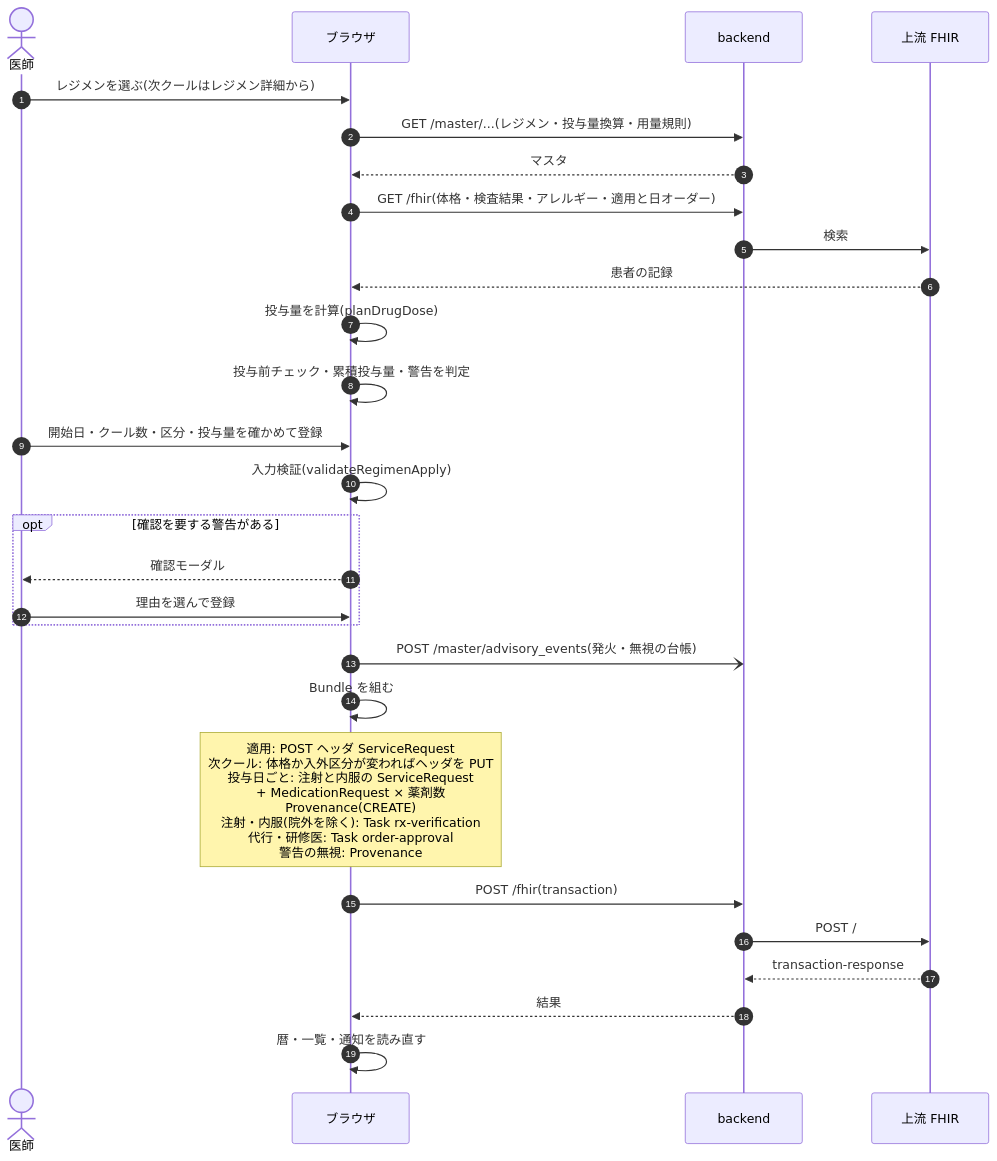
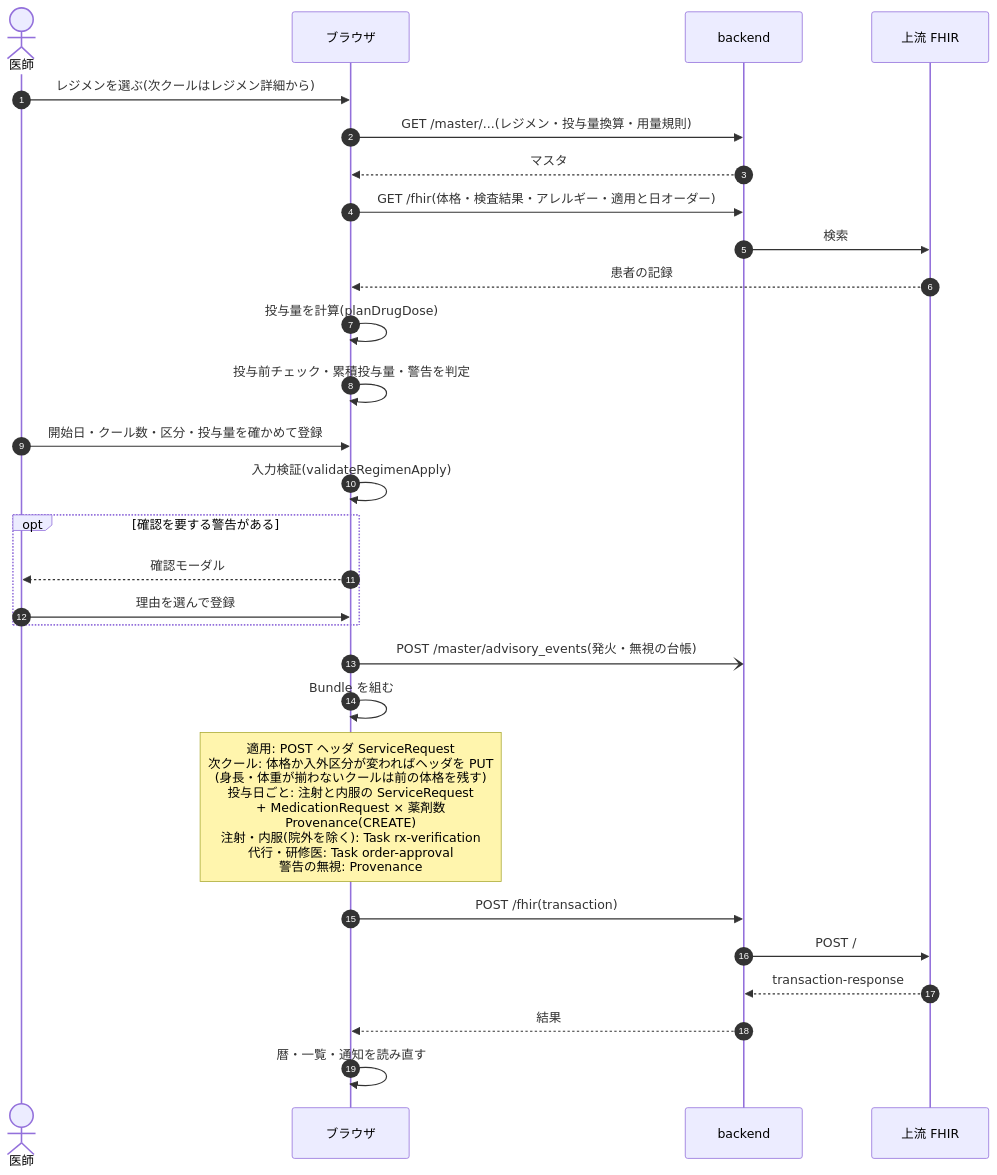
Before and after one commit to ysnr-dev/fhir-client: the fourth of 9 diagrams in docs/order-flows/chemotherapy.md, drawn with Mermaid. The commit also changed other lines of this file and 6 other files, not shown here.

````diff
--- a/docs/order-flows/chemotherapy.md
+++ b/docs/order-flows/chemotherapy.md
@@ -257,31 +256,31 @@
 ```mermaid
 sequenceDiagram
   autonumber
   actor Dr as 医師
   participant UI as ブラウザ
   participant BE as backend
   participant FHIR as 上流 FHIR
 
   Dr->>UI: レジメンを選ぶ(次クールはレジメン詳細から)
   UI->>BE: GET /master/...(レジメン・投与量換算・用量規則)
   BE-->>UI: マスタ
   UI->>BE: GET /fhir(体格・検査結果・アレルギー・適用と日オーダー)
   BE->>FHIR: 検索
   FHIR-->>UI: 患者の記録
   UI->>UI: 投与量を計算(planDrugDose)
   UI->>UI: 投与前チェック・累積投与量・警告を判定
   Dr->>UI: 開始日・クール数・区分・投与量を確かめて登録
   UI->>UI: 入力検証(validateRegimenApply)
   opt 確認を要する警告がある
     UI-->>Dr: 確認モーダル
     Dr->>UI: 理由を選んで登録
   end
   UI-)BE: POST /master/advisory_events(発火・無視の台帳)
   UI->>UI: Bundle を組む
-  Note over UI: 適用: POST ヘッダ ServiceRequest<br/>次クール: 体格か入外区分が変わればヘッダを PUT<br/>投与日ごと: 注射と内服の ServiceRequest<br/>+ MedicationRequest × 薬剤数<br/>Provenance(CREATE)<br/>注射・内服(院外を除く): Task rx-verification<br/>代行・研修医: Task order-approval<br/>警告の無視: Provenance
+  Note over UI: 適用: POST ヘッダ ServiceRequest<br/>次クール: 体格か入外区分が変わればヘッダを PUT<br/>(身長・体重が揃わないクールは前の体格を残す)<br/>投与日ごと: 注射と内服の ServiceRequest<br/>+ MedicationRequest × 薬剤数<br/>Provenance(CREATE)<br/>注射・内服(院外を除く): Task rx-verification<br/>代行・研修医: Task order-approval<br/>警告の無視: Provenance
   UI->>BE: POST /fhir(transaction)
   BE->>FHIR: POST /
   FHIR-->>BE: transaction-response
   BE-->>UI: 結果
   UI->>UI: 暦・一覧・通知を読み直す
 ```
````
